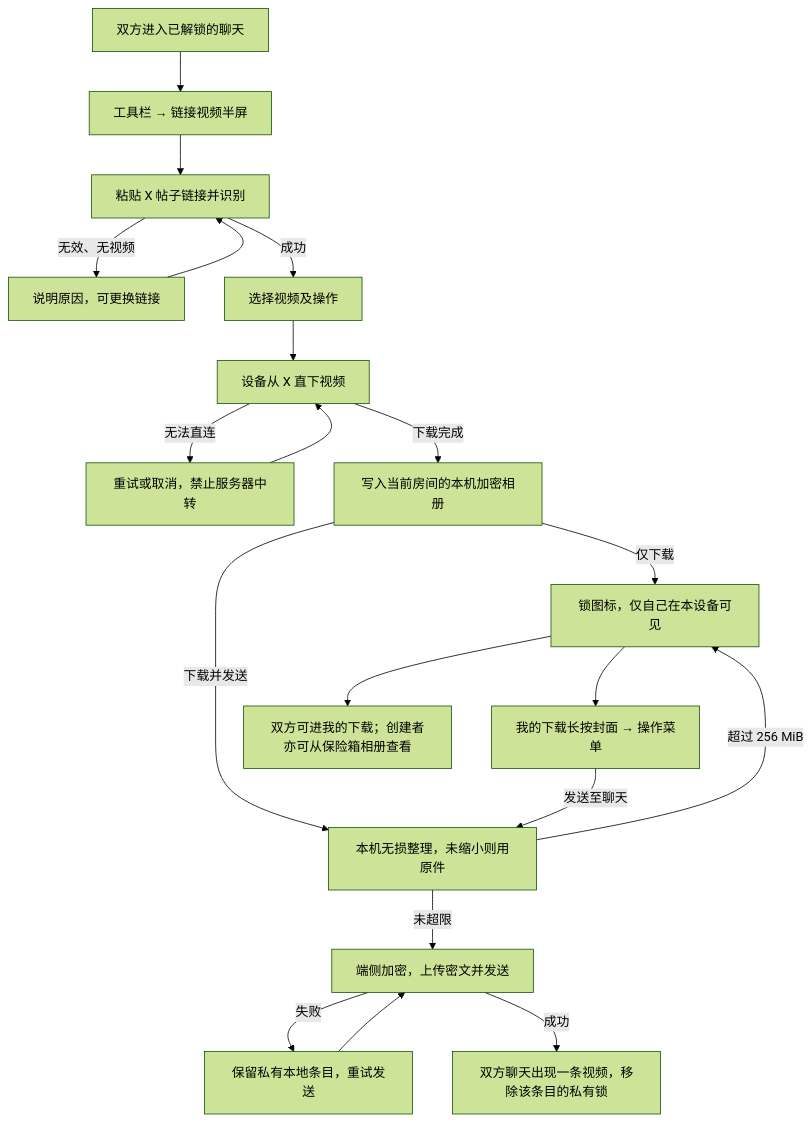
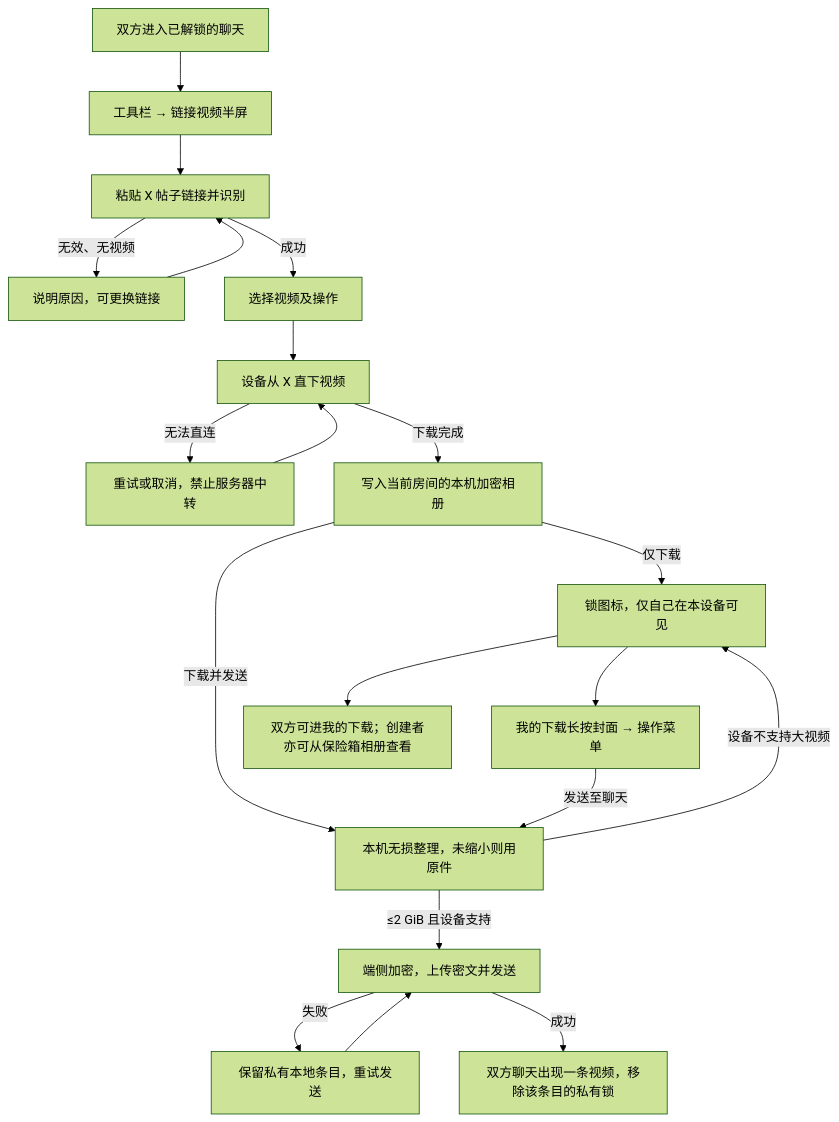
One commit to zdaiwmm/shui-IM changed the diagram in docs/requirements/2026-11-04-x-video-local-album/flow.md. Above: the diagram before and after it, drawn with Mermaid (forest theme). The commit also changed 11 other files, not shown here.

````diff
--- a/docs/requirements/2026-11-04-x-video-local-album/flow.md
+++ b/docs/requirements/2026-11-04-x-video-local-album/flow.md
@@ -2,22 +2,22 @@
 ```mermaid
 flowchart TD
   entry["双方进入已解锁的聊天"] --> tool["工具栏 → 链接视频半屏"]
   tool --> resolve["粘贴 X 帖子链接并识别"]
   resolve -->|"无效、无视频"| correct["说明原因，可更换链接"]
   correct --> resolve
   resolve -->|"成功"| selectClip["选择视频及操作"]
   selectClip --> direct["设备从 X 直下视频"]
   direct -->|"无法直连"| retry["重试或取消，禁止服务器中转"]
   retry --> direct
   direct -->|"下载完成"| local["写入当前房间的本机加密相册"]
   local -->|"仅下载"| privateAlbum["锁图标，仅自己在本设备可见"]
   local -->|"下载并发送"| pack["本机无损整理，未缩小则用原件"]
-  pack -->|"超过 256 MiB"| privateAlbum
-  pack -->|"未超限"| send["端侧加密，上传密文并发送"]
+  pack -->|"设备不支持大视频"| privateAlbum
+  pack -->|"≤2 GiB 且设备支持"| send["端侧加密，上传密文并发送"]
   send -->|"失败"| retrySend["保留私有本地条目，重试发送"]
   retrySend --> send
   send -->|"成功"| shared["双方聊天出现一条视频，移除该条目的私有锁"]
   privateAlbum --> hold["我的下载长按封面 → 操作菜单"]
   hold -->|"发送至聊天"| pack
   privateAlbum --> view["双方可进我的下载；创建者亦可从保险箱相册查看"]
 ```
````
